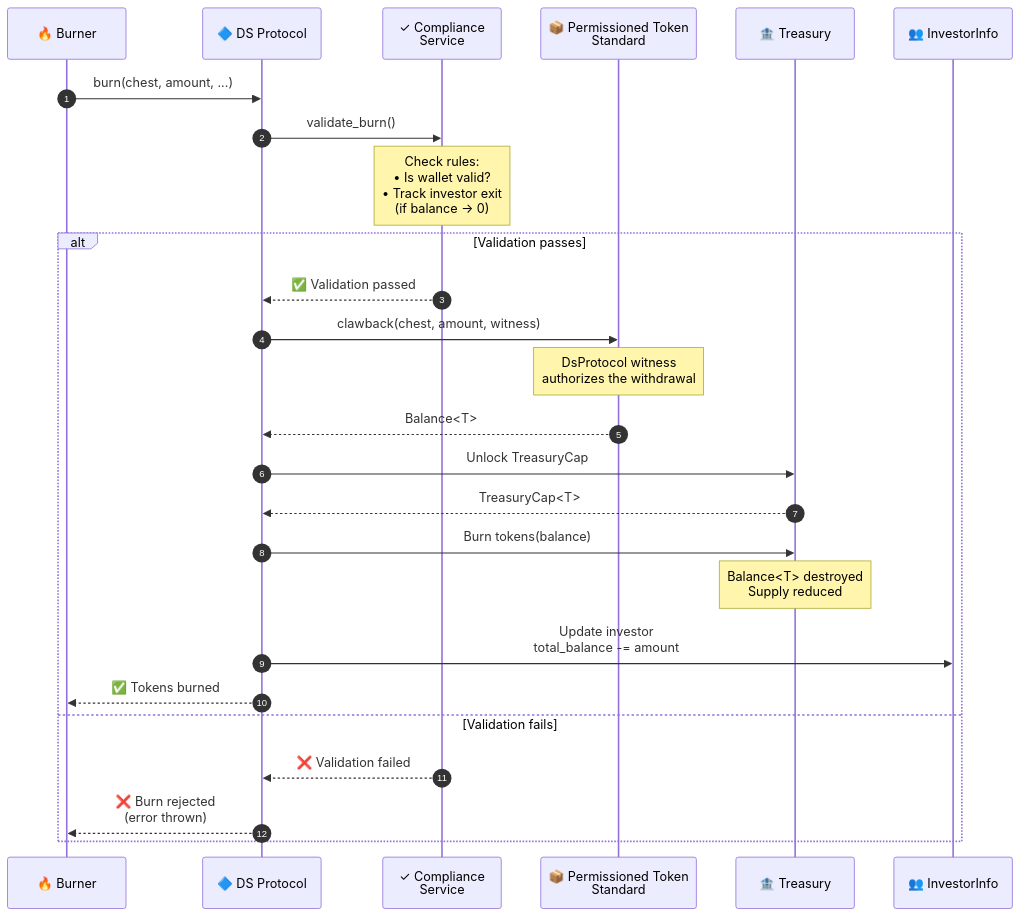
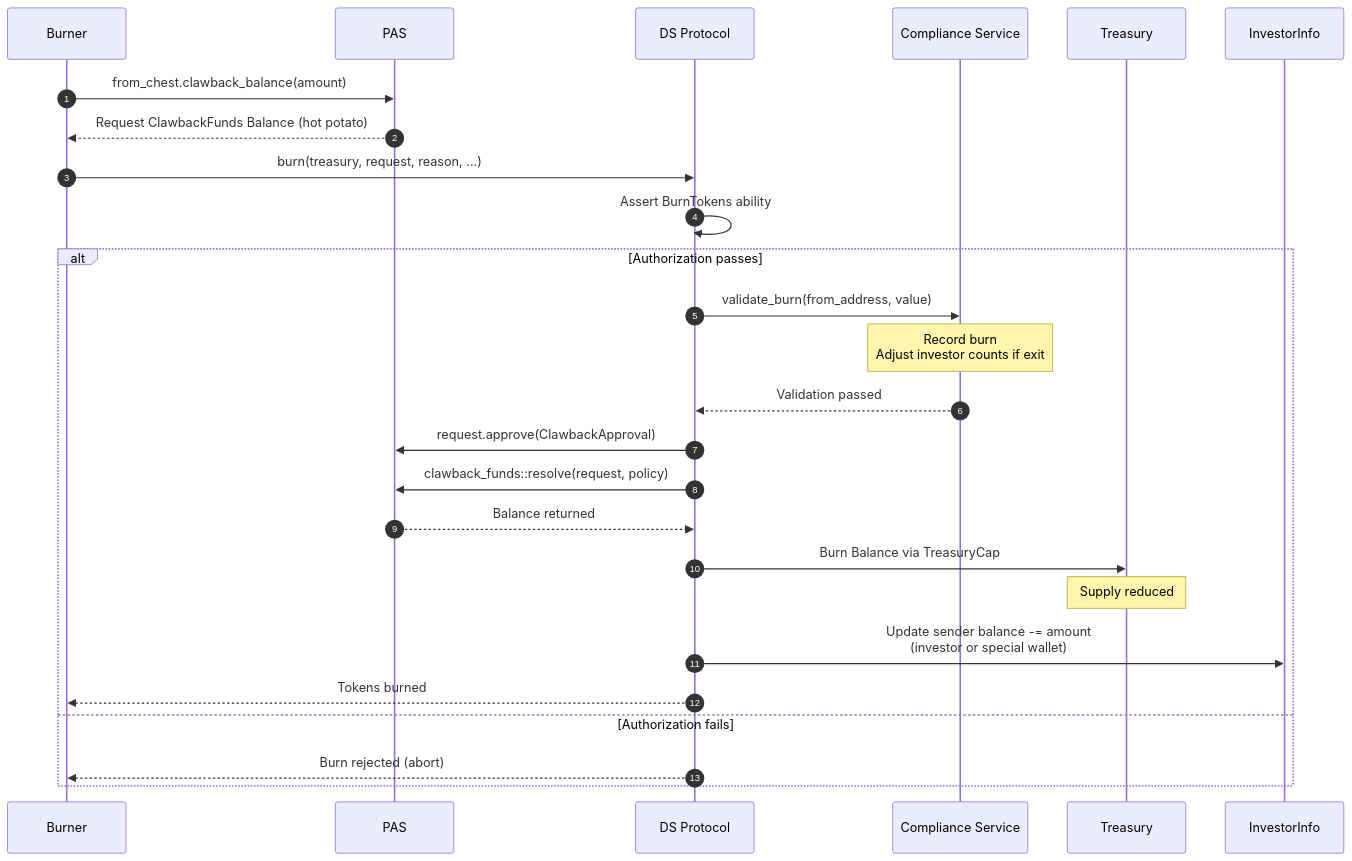
One commit to securitize-io/bc-sui-dstoken-sc changed the diagram in docs/burn-flow.md. Above: the diagram before and after it, drawn with Mermaid. The commit also changed other lines of this file and 20 other files, not shown here.

Commit message:
feat: update PAS changes for Balance<T>

````diff
--- a/docs/burn-flow.md
+++ b/docs/burn-flow.md
@@ -3,37 +73,38 @@
 ```mermaid
 sequenceDiagram
     autonumber
-    participant Burner as 🔥 Burner
-    participant DS as 🔷 DS Protocol
-    participant Compliance as ✓ Compliance<br/>Service
-    participant PTS as 📦 Permissioned Token<br/>Standard
-    participant Treasury as 🏦 Treasury
-    participant Registry as 👥 InvestorInfo
+    participant Burner as Burner
+    participant PAS as PAS
+    participant DS as DS Protocol
+    participant Compliance as Compliance Service
+    participant Treasury as Treasury
+    participant Registry as InvestorInfo
 
-    Burner->>DS: burn(chest, amount, ...)
+    Burner->>PAS: from_chest.clawback_balance(amount)
+    PAS-->>Burner: Request ClawbackFunds Balance (hot potato)
 
-    DS->>Compliance: validate_burn()
+    Burner->>DS: burn(treasury, request, reason, ...)
 
-    Note over Compliance: Check rules:<br/>• Is wallet valid?<br/>• Track investor exit<br/>(if balance → 0)
+    DS->>DS: Assert BurnTokens ability
 
-    alt Validation passes
-        Compliance-->>DS: ✅ Validation passed
+    alt Authorization passes
+        DS->>Compliance: validate_burn(from_address, value)
 
-        DS->>PTS: clawback(chest, amount, witness)
-        Note over PTS: DsProtocol witness<br/>authorizes the withdrawal
-        PTS-->>DS: Balance<T>
+        Note over Compliance: Record burn<br/>Adjust investor counts if exit
 
-        DS->>Treasury: Unlock TreasuryCap
-        Treasury-->>DS: TreasuryCap<T>
+        Compliance-->>DS: Validation passed
 
-        DS->>Treasury: Burn tokens(balance)
-        Note over Treasury: Balance<T> destroyed<br/>Supply reduced
+        DS->>PAS: request.approve(ClawbackApproval)
+        DS->>PAS: clawback_funds::resolve(request, policy)
+        PAS-->>DS: Balance returned
 
-        DS->>Registry: Update investor<br/>total_balance -= amount
+        DS->>Treasury: Burn Balance via TreasuryCap
+        Note over Treasury: Supply reduced
 
-        DS-->>Burner: ✅ Tokens burned
-    else Validation fails
-        Compliance-->>DS: ❌ Validation failed
-        DS-->>Burner: ❌ Burn rejected<br/>(error thrown)
+        DS->>Registry: Update sender balance -= amount<br/>(investor or special wallet)
+
+        DS-->>Burner: Tokens burned
+    else Authorization fails
+        DS-->>Burner: Burn rejected (abort)
     end
 ```
````
